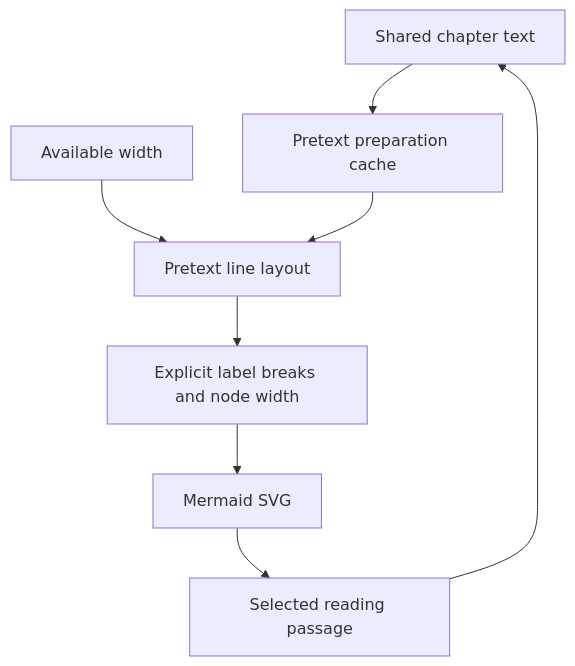
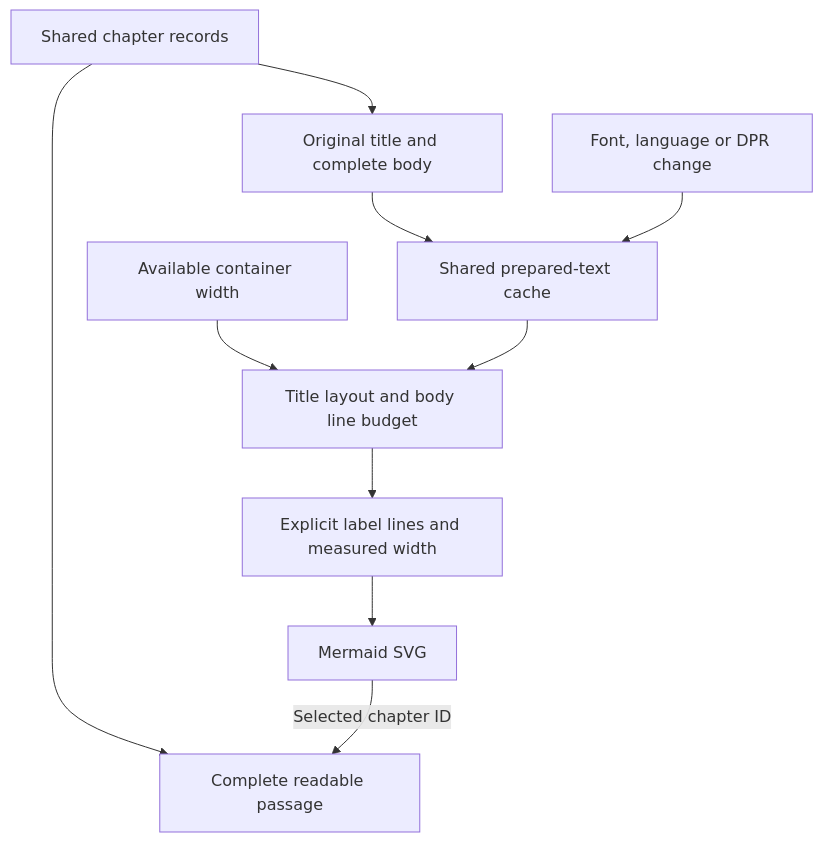
Before and after one commit to julymeltdown/black-parade-design-system: the diagram in docs/pretext-mermaid-proof.md, drawn with Mermaid. The commit also changed other lines of this file and 40 other files, not shown here.

````diff
--- a/docs/pretext-mermaid-proof.md
+++ b/docs/pretext-mermaid-proof.md
@@ -20,10 +25,12 @@
 ```mermaid
 flowchart TD
-  A["Shared chapter text"] --> B["Pretext preparation cache"]
-  W["Available width"] --> C["Pretext line layout"]
-  B --> C
-  C --> D["Explicit label breaks and node width"]
-  D --> E["Mermaid SVG"]
-  E --> F["Selected reading passage"]
-  F --> A
+  A["Shared chapter records"] --> B["Original title and complete body"]
+  B --> C["Shared prepared-text cache"]
+  W["Available container width"] --> D["Title layout and body line budget"]
+  C --> D
+  D --> E["Explicit label lines and measured width"]
+  E --> F["Mermaid SVG"]
+  A --> G["Complete readable passage"]
+  F -->|Selected chapter ID| G
+  L["Font, language or DPR change"] --> C
 ```
````
